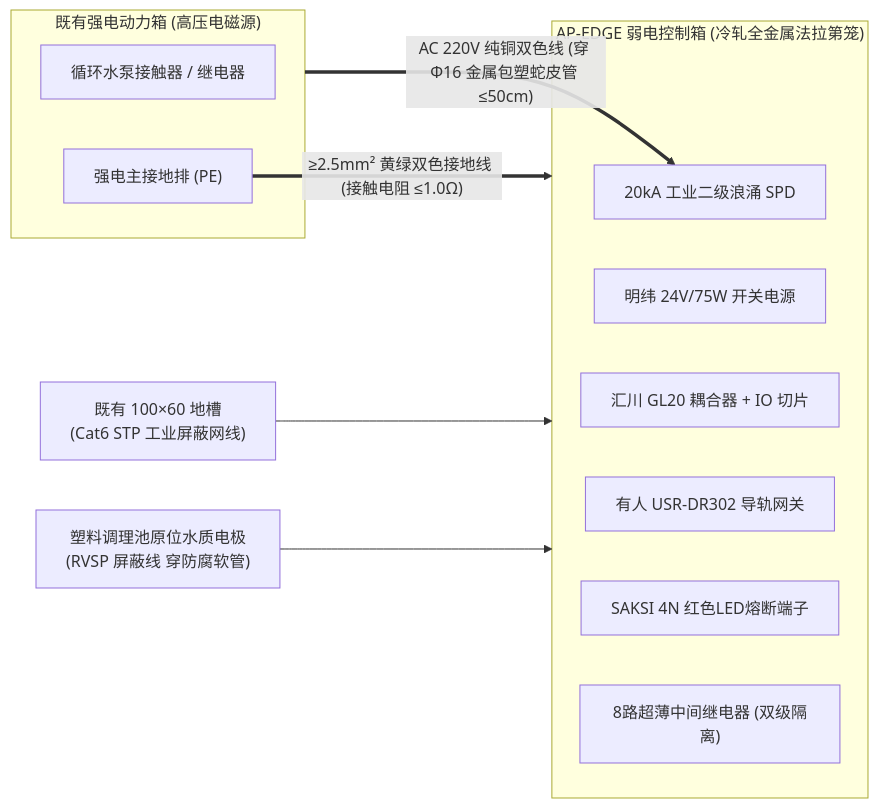
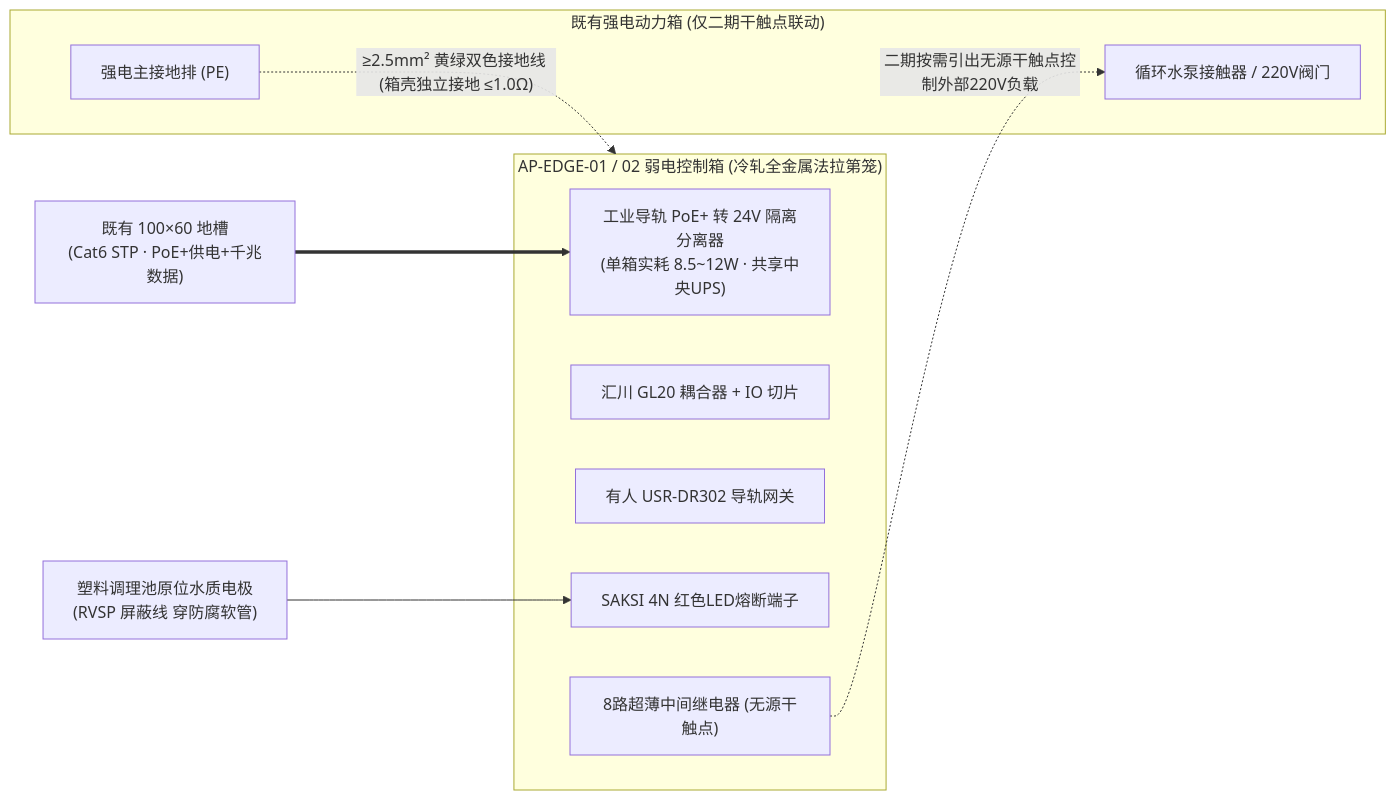
One commit to digitalboy/aquaponics changed the first of 2 diagrams in docs/02_requirements_and_plans/03_engineering_specs/05_水质调理区边缘控制箱与原位水质感知工程规范.md. Above: the diagram before and after it, drawn with Mermaid. The commit also changed other lines of this file and 7 other files, not shown here.

````diff
--- a/docs/02_requirements_and_plans/03_engineering_specs/05_水质调理区边缘控制箱与原位水质感知工程规范.md
+++ b/docs/02_requirements_and_plans/03_engineering_specs/05_水质调理区边缘控制箱与原位水质感知工程规范.md
@@ -17,22 +17,21 @@
 ```mermaid
 graph LR
-    subgraph StrongBox ["既有强电动力箱 (高压电磁源)"]
-        PumpAC["循环水泵接触器 / 继电器"]
+    subgraph StrongBox ["既有强电动力箱 (仅二期干触点联动)"]
+        PumpAC["循环水泵接触器 / 220V阀门"]
         MainPE["强电主接地排 (PE)"]
     end
 
-    subgraph EdgeWeakBox ["AP-EDGE 弱电控制箱 (冷轧全金属法拉第笼)"]
-        SPD["20kA 工业二级浪涌 SPD"]
-        MW["明纬 24V/75W 开关电源"]
+    subgraph EdgeWeakBox ["AP-EDGE-01 / 02 弱电控制箱 (冷轧全金属法拉第笼)"]
+        PoE["工业导轨 PoE+ 转 24V 隔离分离器<br>(单箱实耗 8.5~12W · 共享中央UPS)"]
         GL20["汇川 GL20 耦合器 + IO 切片"]
         USR["有人 USR-DR302 导轨网关"]
         Fuse["SAKSI 4N 红色LED熔断端子"]
-        Relay["8路超薄中间继电器 (双级隔离)"]
+        Relay["8路超薄中间继电器 (无源干触点)"]
     end
 
-    StrongBox == "AC 220V 纯铜双色线 (穿 Φ16 金属包塑蛇皮管 ≤50cm)" ==> SPD
-    MainPE == "≥2.5mm² 黄绿双色接地线 (接触电阻 ≤1.0Ω)" ==> EdgeWeakBox
+    MainPE -. "≥2.5mm² 黄绿双色接地线 (箱壳独立接地 ≤1.0Ω)" .-> EdgeWeakBox
+    Relay -. "二期按需引出无源干触点控制外部220V负载" .-> PumpAC
 
-    Cat6["既有 100×60 地槽<br>(Cat6 STP 工业屏蔽网线)"] --> EdgeWeakBox
-    Sensors["塑料调理池原位水质电极<br>(RVSP 屏蔽线 穿防腐软管)"] --> EdgeWeakBox
+    Cat6["既有 100×60 地槽<br>(Cat6 STP · PoE+供电+千兆数据)"] ==> PoE
+    Sensors["塑料调理池原位水质电极<br>(RVSP 屏蔽线 穿防腐软管)"] --> Fuse
 ```
````
